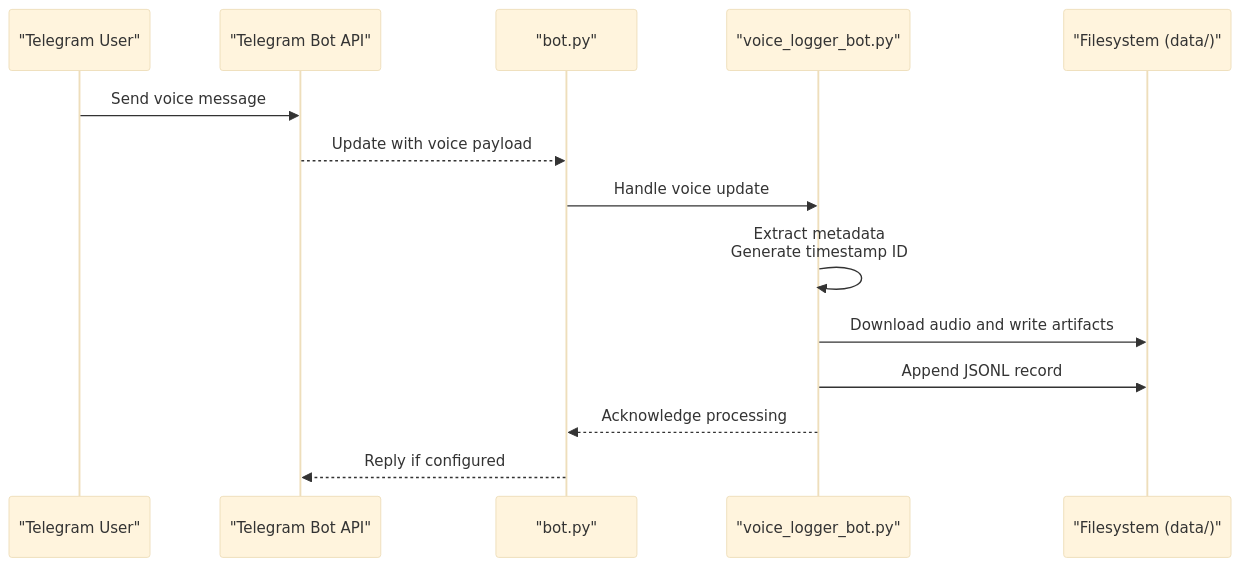
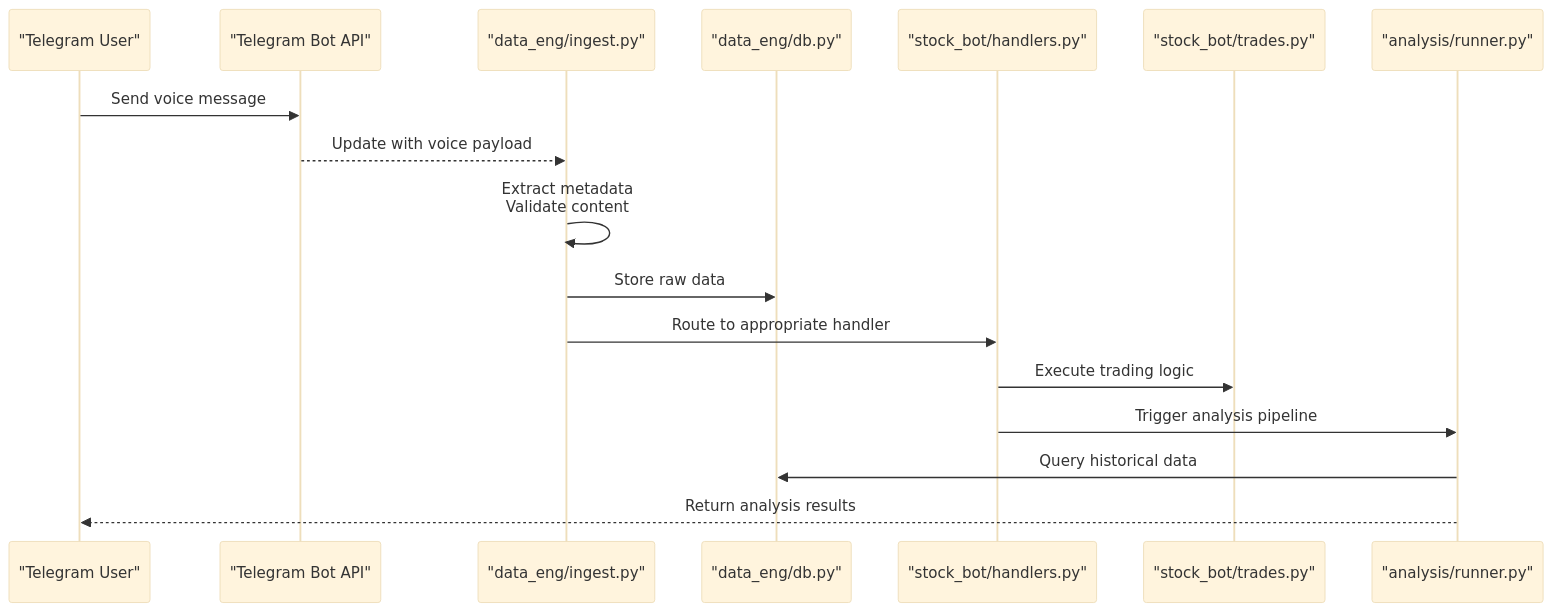
One commit to ZengSeng/telegram-bot changed the second of 5 diagrams in .qoder/repowiki/en/content/Project Overview.md. Above: the diagram before and after it, drawn with Mermaid (base theme). The commit also changed other lines of this file and 18 other files, not shown here.

````diff
--- a/.qoder/repowiki/en/content/Project Overview.md
+++ b/.qoder/repowiki/en/content/Project Overview.md
@@ -118,16 +180,19 @@
 ```mermaid
 sequenceDiagram
 participant User as "Telegram User"
 participant TGAPI as "Telegram Bot API"
-participant Runner as "bot.py"
-participant Logger as "voice_logger_bot.py"
-participant FS as "Filesystem (data/)"
+participant Ingest as "data_eng/ingest.py"
+participant DB as "data_eng/db.py"
+participant Handler as "stock_bot/handlers.py"
+participant Trader as "stock_bot/trades.py"
+participant Analyzer as "analysis/runner.py"
 User->>TGAPI : Send voice message
-TGAPI-->>Runner : Update with voice payload
-Runner->>Logger : Handle voice update
-Logger->>Logger : Extract metadata<br/>Generate timestamp ID
-Logger->>FS : Download audio and write artifacts
-Logger->>FS : Append JSONL record
-Logger-->>Runner : Acknowledge processing
-Runner-->>TGAPI : Reply if configured
+TGAPI-->>Ingest : Update with voice payload
+Ingest->>Ingest : Extract metadata<br/>Validate content
+Ingest->>DB : Store raw data
+Ingest->>Handler : Route to appropriate handler
+Handler->>Trader : Execute trading logic
+Handler->>Analyzer : Trigger analysis pipeline
+Analyzer->>DB : Query historical data
+Analyzer-->>User : Return analysis results
 ```
````
